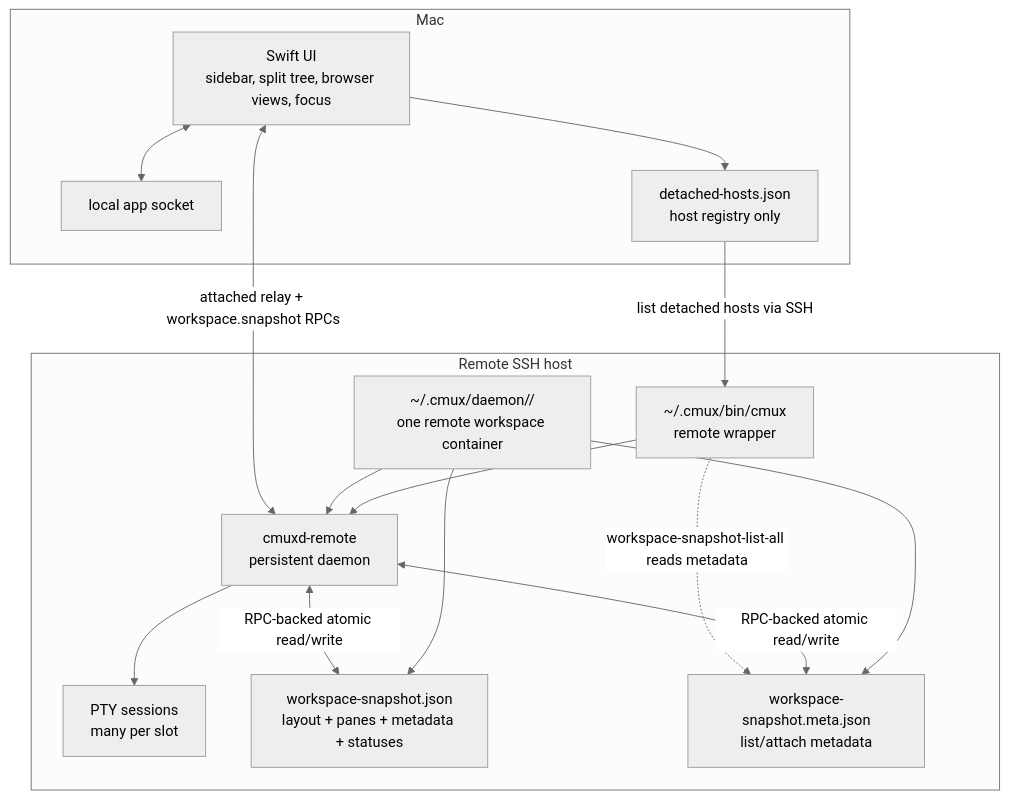
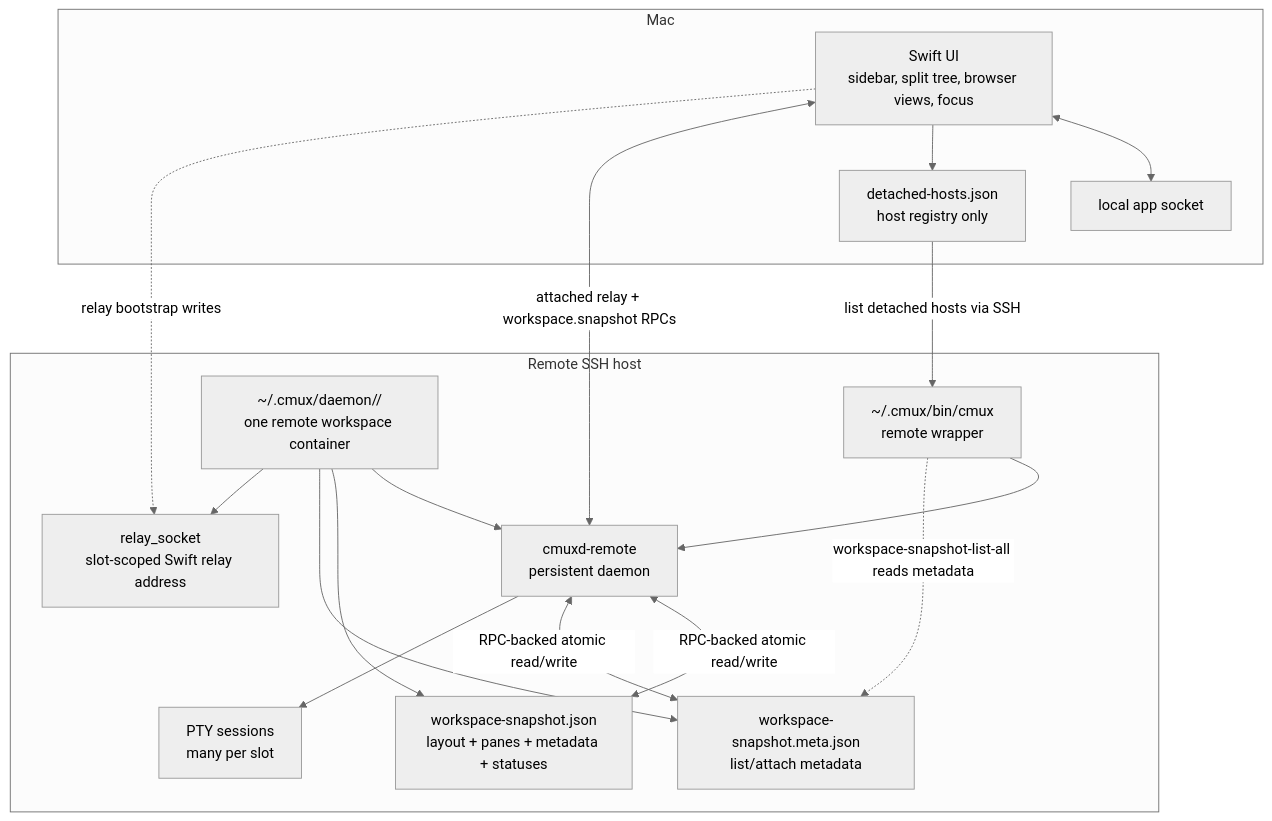
One commit to edbordin-linktree/cmux changed the second of 4 diagrams in docs/remote-workspace-detached-metadata-plan.md. Above: the diagram before and after it, drawn with Mermaid (neutral theme). The commit also changed other lines of this file and 4 other files, not shown here.

````diff
--- a/docs/remote-workspace-detached-metadata-plan.md
+++ b/docs/remote-workspace-detached-metadata-plan.md
@@ -188,31 +188,34 @@
 ```mermaid
 flowchart TB
   subgraph Mac["Mac"]
     UI["Swift UI\nsidebar, split tree, browser views, focus"]
     AppSocket["local app socket"]
     HostRegistry["detached-hosts.json\nhost registry only"]
     UI <--> AppSocket
     UI --> HostRegistry
   end
 
   subgraph Host["Remote SSH host"]
     Wrapper["~/.cmux/bin/cmux\nremote wrapper"]
     Slot["~/.cmux/daemon/<slot>/\none remote workspace container"]
     Daemon["cmuxd-remote\npersistent daemon"]
     PTYs["PTY sessions\nmany per slot"]
     Body["workspace-snapshot.json\nlayout + panes + metadata + statuses"]
     Sidecar["workspace-snapshot.meta.json\nlist/attach metadata"]
+    RelaySocket["relay_socket\nslot-scoped Swift relay address"]
 
     Wrapper --> Daemon
     Slot --> Daemon
     Slot --> Body
     Slot --> Sidecar
+    Slot --> RelaySocket
     Daemon <-->|RPC-backed atomic read/write| Body
     Daemon <-->|RPC-backed atomic read/write| Sidecar
     Daemon --> PTYs
   end
 
   UI <-->|attached relay + workspace.snapshot RPCs| Daemon
+  UI -.->|relay bootstrap writes| RelaySocket
   HostRegistry -->|list detached hosts via SSH| Wrapper
   Wrapper -.->|workspace-snapshot-list-all reads metadata| Sidecar
 ```
````
